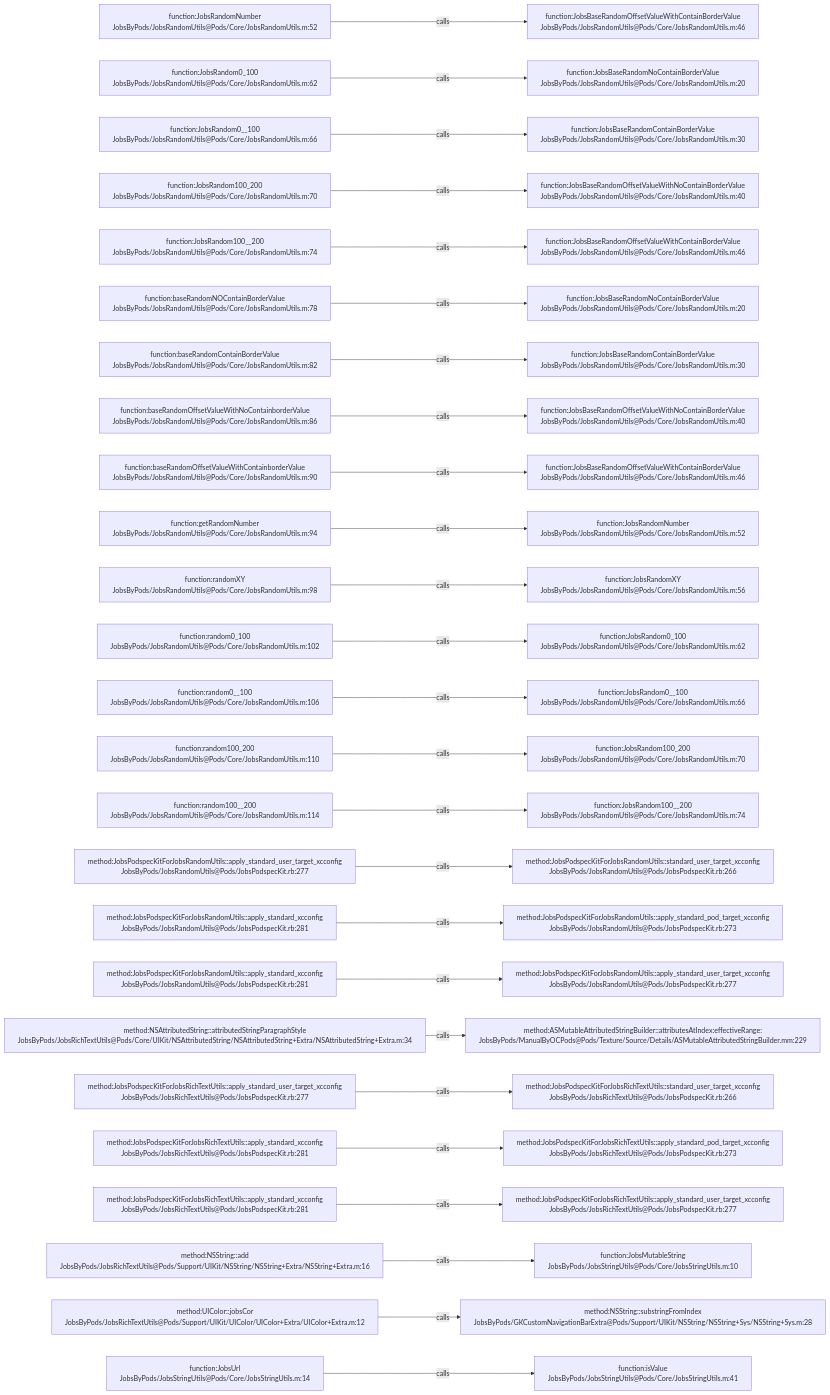
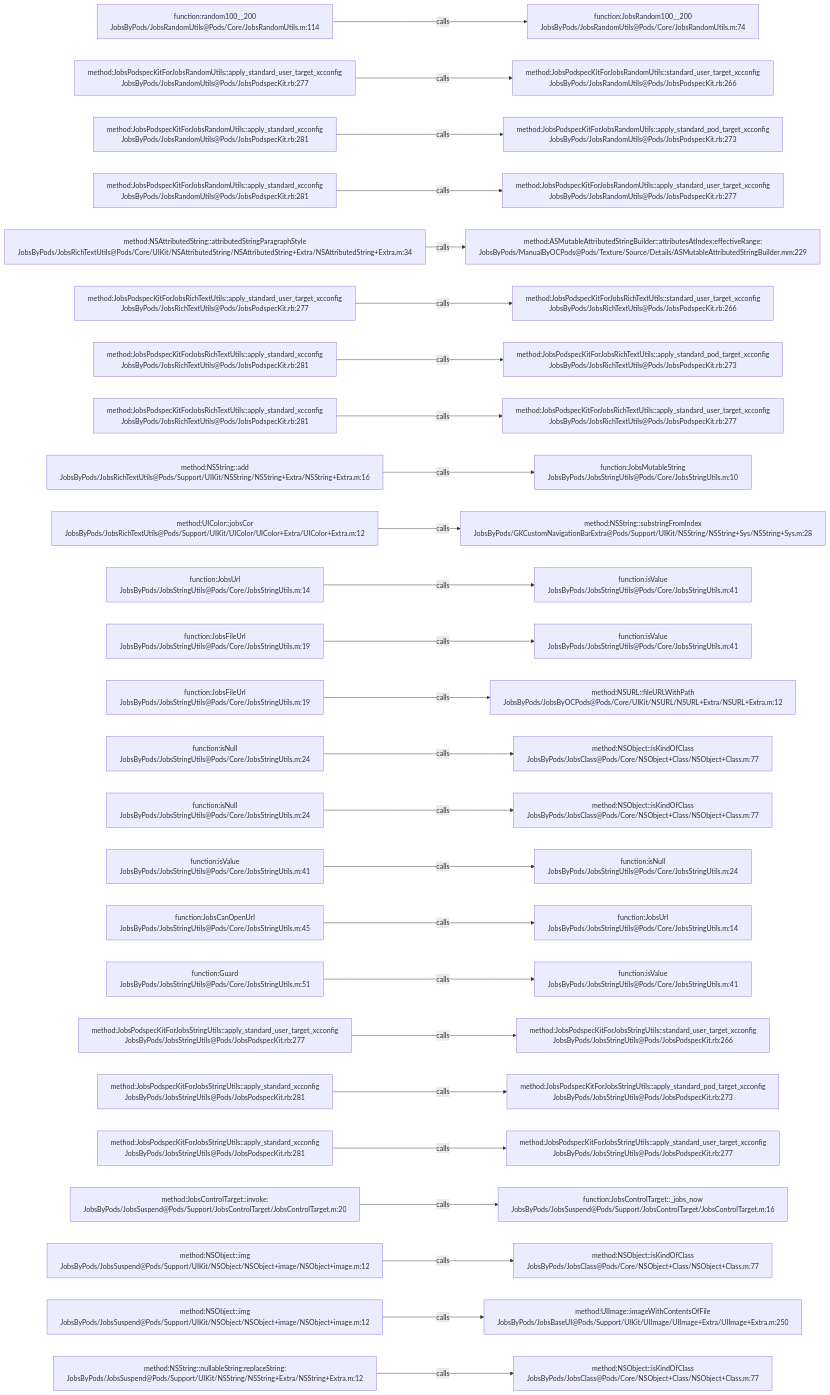
One commit to JobsKits/JobsOCBaseConfigDemo changed the diagram in .codegraph/codegraph.md/graphs/calls-015.md. Above: the diagram before and after it, drawn with Mermaid. The commit also changed 296 other files, not shown here.

````diff
--- a/.codegraph/codegraph.md/graphs/calls-015.md
+++ b/.codegraph/codegraph.md/graphs/calls-015.md
@@ -13,78 +13,78 @@
 ```mermaid
 flowchart LR
-  S1["function:JobsRandomNumber<br/>JobsByPods/JobsRandomUtils@Pods/Core/JobsRandomUtils.m:52"]
-  T1["function:JobsBaseRandomOffsetValueWithContainBorderValue<br/>JobsByPods/JobsRandomUtils@Pods/Core/JobsRandomUtils.m:46"]
+  S1["function:random100__200<br/>JobsByPods/JobsRandomUtils@Pods/Core/JobsRandomUtils.m:114"]
+  T1["function:JobsRandom100__200<br/>JobsByPods/JobsRandomUtils@Pods/Core/JobsRandomUtils.m:74"]
   S1 -->|calls| T1
-  S2["function:JobsRandom0_100<br/>JobsByPods/JobsRandomUtils@Pods/Core/JobsRandomUtils.m:62"]
-  T2["function:JobsBaseRandomNoContainBorderValue<br/>JobsByPods/JobsRandomUtils@Pods/Core/JobsRandomUtils.m:20"]
+  S2["method:JobsPodspecKitForJobsRandomUtils::apply_standard_user_target_xcconfig<br/>JobsByPods/JobsRandomUtils@Pods/JobsPodspecKit.rb:277"]
+  T2["method:JobsPodspecKitForJobsRandomUtils::standard_user_target_xcconfig<br/>JobsByPods/JobsRandomUtils@Pods/JobsPodspecKit.rb:266"]
   S2 -->|calls| T2
-  S3["function:JobsRandom0__100<br/>JobsByPods/JobsRandomUtils@Pods/Core/JobsRandomUtils.m:66"]
-  T3["function:JobsBaseRandomContainBorderValue<br/>JobsByPods/JobsRandomUtils@Pods/Core/JobsRandomUtils.m:30"]
+  S3["method:JobsPodspecKitForJobsRandomUtils::apply_standard_xcconfig<br/>JobsByPods/JobsRandomUtils@Pods/JobsPodspecKit.rb:281"]
+  T3["method:JobsPodspecKitForJobsRandomUtils::apply_standard_pod_target_xcconfig<br/>JobsByPods/JobsRandomUtils@Pods/JobsPodspecKit.rb:273"]
   S3 -->|calls| T3
-  S4["function:JobsRandom100_200<br/>JobsByPods/JobsRandomUtils@Pods/Core/JobsRandomUtils.m:70"]
-  T4["function:JobsBaseRandomOffsetValueWithNoContainBorderValue<br/>JobsByPods/JobsRandomUtils@Pods/Core/JobsRandomUtils.m:40"]
+  S4["method:JobsPodspecKitForJobsRandomUtils::apply_standard_xcconfig<br/>JobsByPods/JobsRandomUtils@Pods/JobsPodspecKit.rb:281"]
+  T4["method:JobsPodspecKitForJobsRandomUtils::apply_standard_user_target_xcconfig<br/>JobsByPods/JobsRandomUtils@Pods/JobsPodspecKit.rb:277"]
   S4 -->|calls| T4
-  S5["function:JobsRandom100__200<br/>JobsByPods/JobsRandomUtils@Pods/Core/JobsRandomUtils.m:74"]
-  T5["function:JobsBaseRandomOffsetValueWithContainBorderValue<br/>JobsByPods/JobsRandomUtils@Pods/Core/JobsRandomUtils.m:46"]
+  S5["method:NSAttributedString::attributedStringParagraphStyle<br/>JobsByPods/JobsRichTextUtils@Pods/Core/UIKit/NSAttributedString/NSAttributedString+Extra/NSAttributedString+Extra.m:34"]
+  T5["method:ASMutableAttributedStringBuilder::attributesAtIndex:effectiveRange:<br/>JobsByPods/ManualByOCPods@Pods/Texture/Source/Details/ASMutableAttributedStringBuilder.mm:229"]
   S5 -->|calls| T5
-  S6["function:baseRandomNOContainBorderValue<br/>JobsByPods/JobsRandomUtils@Pods/Core/JobsRandomUtils.m:78"]
-  T6["function:JobsBaseRandomNoContainBorderValue<br/>JobsByPods/JobsRandomUtils@Pods/Core/JobsRandomUtils.m:20"]
+  S6["method:JobsPodspecKitForJobsRichTextUtils::apply_standard_user_target_xcconfig<br/>JobsByPods/JobsRichTextUtils@Pods/JobsPodspecKit.rb:277"]
+  T6["method:JobsPodspecKitForJobsRichTextUtils::standard_user_target_xcconfig<br/>JobsByPods/JobsRichTextUtils@Pods/JobsPodspecKit.rb:266"]
   S6 -->|calls| T6
-  S7["function:baseRandomContainBorderValue<br/>JobsByPods/JobsRandomUtils@Pods/Core/JobsRandomUtils.m:82"]
-  T7["function:JobsBaseRandomContainBorderValue<br/>JobsByPods/JobsRandomUtils@Pods/Core/JobsRandomUtils.m:30"]
+  S7["method:JobsPodspecKitForJobsRichTextUtils::apply_standard_xcconfig<br/>JobsByPods/JobsRichTextUtils@Pods/JobsPodspecKit.rb:281"]
+  T7["method:JobsPodspecKitForJobsRichTextUtils::apply_standard_pod_target_xcconfig<br/>JobsByPods/JobsRichTextUtils@Pods/JobsPodspecKit.rb:273"]
   S7 -->|calls| T7
-  S8["function:baseRandomOffsetValueWithNoContainborderValue<br/>JobsByPods/JobsRandomUtils@Pods/Core/JobsRandomUtils.m:86"]
-  T8["function:JobsBaseRandomOffsetValueWithNoContainBorderValue<br/>JobsByPods/JobsRandomUtils@Pods/Core/JobsRandomUtils.m:40"]
+  S8["method:JobsPodspecKitForJobsRichTextUtils::apply_standard_xcconfig<br/>JobsByPods/JobsRichTextUtils@Pods/JobsPodspecKit.rb:281"]
+  T8["method:JobsPodspecKitForJobsRichTextUtils::apply_standard_user_target_xcconfig<br/>JobsByPods/JobsRichTextUtils@Pods/JobsPodspecKit.rb:277"]
   S8 -->|calls| T8
-  S9["function:baseRandomOffsetValueWithContainborderValue<br/>JobsByPods/JobsRandomUtils@Pods/Core/JobsRandomUtils.m:90"]
-  T9["function:JobsBaseRandomOffsetValueWithContainBorderValue<br/>JobsByPods/JobsRandomUtils@Pods/Core/JobsRandomUtils.m:46"]
+  S9["method:NSString::add<br/>JobsByPods/JobsRichTextUtils@Pods/Support/UIKit/NSString/NSString+Extra/NSString+Extra.m:16"]
+  T9["function:JobsMutableString<br/>JobsByPods/JobsStringUtils@Pods/Core/JobsStringUtils.m:10"]
   S9 -->|calls| T9
-  S10["function:getRandomNumber<br/>JobsByPods/JobsRandomUtils@Pods/Core/JobsRandomUtils.m:94"]
-  T10["function:JobsRandomNumber<br/>JobsByPods/JobsRandomUtils@Pods/Core/JobsRandomUtils.m:52"]
+  S10["method:UIColor::jobsCor<br/>JobsByPods/JobsRichTextUtils@Pods/Support/UIKit/UIColor/UIColor+Extra/UIColor+Extra.m:12"]
+  T10["method:NSString::substringFromIndex<br/>JobsByPods/GKCustomNavigationBarExtra@Pods/Support/UIKit/NSString/NSString+Sys/NSString+Sys.m:28"]
   S10 -->|calls| T10
-  S11["function:randomXY<br/>JobsByPods/JobsRandomUtils@Pods/Core/JobsRandomUtils.m:98"]
-  T11["function:JobsRandomXY<br/>JobsByPods/JobsRandomUtils@Pods/Core/JobsRandomUtils.m:56"]
+  S11["function:JobsUrl<br/>JobsByPods/JobsStringUtils@Pods/Core/JobsStringUtils.m:14"]
+  T11["function:isValue<br/>JobsByPods/JobsStringUtils@Pods/Core/JobsStringUtils.m:41"]
   S11 -->|calls| T11
-  S12["function:random0_100<br/>JobsByPods/JobsRandomUtils@Pods/Core/JobsRandomUtils.m:102"]
-  T12["function:JobsRandom0_100<br/>JobsByPods/JobsRandomUtils@Pods/Core/JobsRandomUtils.m:62"]
+  S12["function:JobsFileUrl<br/>JobsByPods/JobsStringUtils@Pods/Core/JobsStringUtils.m:19"]
+  T12["function:isValue<br/>JobsByPods/JobsStringUtils@Pods/Core/JobsStringUtils.m:41"]
   S12 -->|calls| T12
-  S13["function:random0__100<br/>JobsByPods/JobsRandomUtils@Pods/Core/JobsRandomUtils.m:106"]
-  T13["function:JobsRandom0__100<br/>JobsByPods/JobsRandomUtils@Pods/Core/JobsRandomUtils.m:66"]
+  S13["function:JobsFileUrl<br/>JobsByPods/JobsStringUtils@Pods/Core/JobsStringUtils.m:19"]
+  T13["method:NSURL::fileURLWithPath<br/>JobsByPods/JobsByOCPods@Pods/Core/UIKit/NSURL/NSURL+Extra/NSURL+Extra.m:12"]
   S13 -->|calls| T13
-  S14["function:random100_200<br/>JobsByPods/JobsRandomUtils@Pods/Core/JobsRandomUtils.m:110"]
-  T14["function:JobsRandom100_200<br/>JobsByPods/JobsRandomUtils@Pods/Core/JobsRandomUtils.m:70"]
+  S14["function:isNull<br/>JobsByPods/JobsStringUtils@Pods/Core/JobsStringUtils.m:24"]
+  T14["method:NSObject::isKindOfClass<br/>JobsByPods/JobsClass@Pods/Core/NSObject+Class/NSObject+Class.m:77"]
   S14 -->|calls| T14
-  S15["function:random100__200<br/>JobsByPods/JobsRandomUtils@Pods/Core/JobsRandomUtils.m:114"]
-  T15["function:JobsRandom100__200<br/>JobsByPods/JobsRandomUtils@Pods/Core/JobsRandomUtils.m:74"]
+  S15["function:isNull<br/>JobsByPods/JobsStringUtils@Pods/Core/JobsStringUtils.m:24"]
+  T15["method:NSObject::isKindOfClass<br/>JobsByPods/JobsClass@Pods/Core/NSObject+Class/NSObject+Class.m:77"]
   S15 -->|calls| T15
-  S16["method:JobsPodspecKitForJobsRandomUtils::apply_standard_user_target_xcconfig<br/>JobsByPods/JobsRandomUtils@Pods/JobsPodspecKit.rb:277"]
-  T16["method:JobsPodspecKitForJobsRandomUtils::standard_user_target_xcconfig<br/>JobsByPods/JobsRandomUtils@Pods/JobsPodspecKit.rb:266"]
+  S16["function:isValue<br/>JobsByPods/JobsStringUtils@Pods/Core/JobsStringUtils.m:41"]
+  T16["function:isNull<br/>JobsByPods/JobsStringUtils@Pods/Core/JobsStringUtils.m:24"]
   S16 -->|calls| T16
-  S17["method:JobsPodspecKitForJobsRandomUtils::apply_standard_xcconfig<br/>JobsByPods/JobsRandomUtils@Pods/JobsPodspecKit.rb:281"]
-  T17["method:JobsPodspecKitForJobsRandomUtils::apply_standard_pod_target_xcconfig<br/>JobsByPods/JobsRandomUtils@Pods/JobsPodspecKit.rb:273"]
+  S17["function:JobsCanOpenUrl<br/>JobsByPods/JobsStringUtils@Pods/Core/JobsStringUtils.m:45"]
+  T17["function:JobsUrl<br/>JobsByPods/JobsStringUtils@Pods/Core/JobsStringUtils.m:14"]
   S17 -->|calls| T17
-  S18["method:JobsPodspecKitForJobsRandomUtils::apply_standard_xcconfig<br/>JobsByPods/JobsRandomUtils@Pods/JobsPodspecKit.rb:281"]
-  T18["method:JobsPodspecKitForJobsRandomUtils::apply_standard_user_target_xcconfig<br/>JobsByPods/JobsRandomUtils@Pods/JobsPodspecKit.rb:277"]
+  S18["function:Guard<br/>JobsByPods/JobsStringUtils@Pods/Core/JobsStringUtils.m:51"]
+  T18["function:isValue<br/>JobsByPods/JobsStringUtils@Pods/Core/JobsStringUtils.m:41"]
   S18 -->|calls| T18
-  S19["method:NSAttributedString::attributedStringParagraphStyle<br/>JobsByPods/JobsRichTextUtils@Pods/Core/UIKit/NSAttributedString/NSAttributedString+Extra/NSAttributedString+Extra.m:34"]
-  T19["method:ASMutableAttributedStringBuilder::attributesAtIndex:effectiveRange:<br/>JobsByPods/ManualByOCPods@Pods/Texture/Source/Details/ASMutableAttributedStringBuilder.mm:229"]
+  S19["method:JobsPodspecKitForJobsStringUtils::apply_standard_user_target_xcconfig<br/>JobsByPods/JobsStringUtils@Pods/JobsPodspecKit.rb:277"]
+  T19["method:JobsPodspecKitForJobsStringUtils::standard_user_target_xcconfig<br/>JobsByPods/JobsStringUtils@Pods/JobsPodspecKit.rb:266"]
   S19 -->|calls| T19
-  S20["method:JobsPodspecKitForJobsRichTextUtils::apply_standard_user_target_xcconfig<br/>JobsByPods/JobsRichTextUtils@Pods/JobsPodspecKit.rb:277"]
-  T20["method:JobsPodspecKitForJobsRichTextUtils::standard_user_target_xcconfig<br/>JobsByPods/JobsRichTextUtils@Pods/JobsPodspecKit.rb:266"]
+  S20["method:JobsPodspecKitForJobsStringUtils::apply_standard_xcconfig<br/>JobsByPods/JobsStringUtils@Pods/JobsPodspecKit.rb:281"]
+  T20["method:JobsPodspecKitForJobsStringUtils::apply_standard_pod_target_xcconfig<br/>JobsByPods/JobsStringUtils@Pods/JobsPodspecKit.rb:273"]
   S20 -->|calls| T20
-  S21["method:JobsPodspecKitForJobsRichTextUtils::apply_standard_xcconfig<br/>JobsByPods/JobsRichTextUtils@Pods/JobsPodspecKit.rb:281"]
-  T21["method:JobsPodspecKitForJobsRichTextUtils::apply_standard_pod_target_xcconfig<br/>JobsByPods/JobsRichTextUtils@Pods/JobsPodspecKit.rb:273"]
+  S21["method:JobsPodspecKitForJobsStringUtils::apply_standard_xcconfig<br/>JobsByPods/JobsStringUtils@Pods/JobsPodspecKit.rb:281"]
+  T21["method:JobsPodspecKitForJobsStringUtils::apply_standard_user_target_xcconfig<br/>JobsByPods/JobsStringUtils@Pods/JobsPodspecKit.rb:277"]
   S21 -->|calls| T21
-  S22["method:JobsPodspecKitForJobsRichTextUtils::apply_standard_xcconfig<br/>JobsByPods/JobsRichTextUtils@Pods/JobsPodspecKit.rb:281"]
-  T22["method:JobsPodspecKitForJobsRichTextUtils::apply_standard_user_target_xcconfig<br/>JobsByPods/JobsRichTextUtils@Pods/JobsPodspecKit.rb:277"]
+  S22["method:JobsControlTarget::invoke:<br/>JobsByPods/JobsSuspend@Pods/Support/JobsControlTarget/JobsControlTarget.m:20"]
+  T22["function:JobsControlTarget::_jobs_now<br/>JobsByPods/JobsSuspend@Pods/Support/JobsControlTarget/JobsControlTarget.m:16"]
   S22 -->|calls| T22
-  S23["method:NSString::add<br/>JobsByPods/JobsRichTextUtils@Pods/Support/UIKit/NSString/NSString+Extra/NSString+Extra.m:16"]
-  T23["function:JobsMutableString<br/>JobsByPods/JobsStringUtils@Pods/Core/JobsStringUtils.m:10"]
+  S23["method:NSObject::img<br/>JobsByPods/JobsSuspend@Pods/Support/UIKit/NSObject/NSObject+image/NSObject+image.m:12"]
+  T23["method:NSObject::isKindOfClass<br/>JobsByPods/JobsClass@Pods/Core/NSObject+Class/NSObject+Class.m:77"]
   S23 -->|calls| T23
-  S24["method:UIColor::jobsCor<br/>JobsByPods/JobsRichTextUtils@Pods/Support/UIKit/UIColor/UIColor+Extra/UIColor+Extra.m:12"]
-  T24["method:NSString::substringFromIndex<br/>JobsByPods/GKCustomNavigationBarExtra@Pods/Support/UIKit/NSString/NSString+Sys/NSString+Sys.m:28"]
+  S24["method:NSObject::img<br/>JobsByPods/JobsSuspend@Pods/Support/UIKit/NSObject/NSObject+image/NSObject+image.m:12"]
+  T24["method:UIImage::imageWithContentsOfFile<br/>JobsByPods/JobsBaseUI@Pods/Support/UIKit/UIImage/UIImage+Extra/UIImage+Extra.m:250"]
   S24 -->|calls| T24
-  S25["function:JobsUrl<br/>JobsByPods/JobsStringUtils@Pods/Core/JobsStringUtils.m:14"]
-  T25["function:isValue<br/>JobsByPods/JobsStringUtils@Pods/Core/JobsStringUtils.m:41"]
+  S25["method:NSString::nullableString:replaceString:<br/>JobsByPods/JobsSuspend@Pods/Support/UIKit/NSString/NSString+Extra/NSString+Extra.m:12"]
+  T25["method:NSObject::isKindOfClass<br/>JobsByPods/JobsClass@Pods/Core/NSObject+Class/NSObject+Class.m:77"]
   S25 -->|calls| T25
 ```
````
